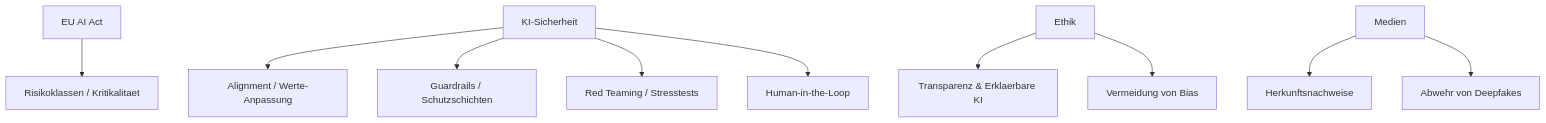
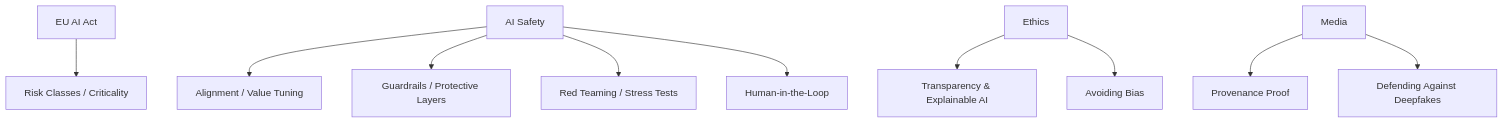
One commit to roger-infanger-weibel/ghostwriter.ai changed the sixth of 19 diagrams in glossary/rendered/AI-Glossary.md. Above: the diagram before and after it, drawn with Mermaid. The commit also changed other lines of this file and 24 other files, not shown here.

````diff
--- a/glossary/rendered/AI-Glossary.md
+++ b/glossary/rendered/AI-Glossary.md
@@ -191,15 +191,15 @@
 ```mermaid
 graph TD
-    Law[EU AI Act] --> Risk[Risikoklassen / Kritikalitaet]
-    
-    Safety[KI-Sicherheit] --> Align[Alignment / Werte-Anpassung]
-    Safety --> Guard[Guardrails / Schutzschichten]
-    Safety --> Red[Red Teaming / Stresstests]
+    Law[EU AI Act] --> Risk[Risk Classes / Criticality]
+
+    Safety[AI Safety] --> Align[Alignment / Value Tuning]
+    Safety --> Guard[Guardrails / Protective Layers]
+    Safety --> Red[Red Teaming / Stress Tests]
     Safety --> HitL[Human-in-the-Loop]
-    
-    Ethics[Ethik] --> Trans[Transparenz & Erklaerbare KI]
-    Ethics --> Bias[Vermeidung von Bias]
-    
-    Media[Medien] --> C2PA[Herkunftsnachweise]
-    Media --> DF[Abwehr von Deepfakes]
+
+    Ethics[Ethics] --> Trans[Transparency & Explainable AI]
+    Ethics --> Bias[Avoiding Bias]
+
+    Media[Media] --> C2PA[Provenance Proof]
+    Media --> DF[Defending Against Deepfakes]
 ```
````
